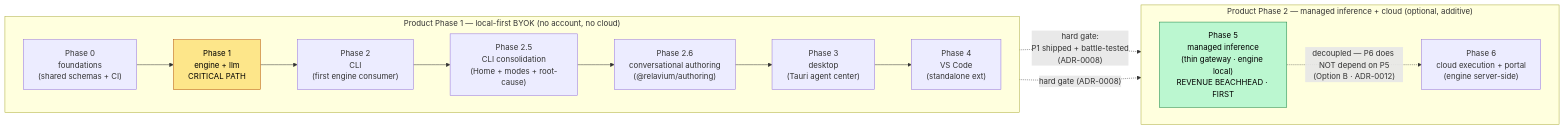
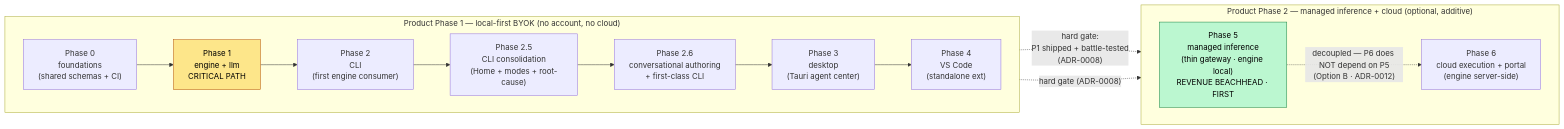
Before and after one commit to HodeTech/Relavium: the first of 2 diagrams in docs/roadmap/README.md, drawn with Mermaid. The commit also changed other lines of this file and 5 other files, not shown here.

````diff
--- a/docs/roadmap/README.md
+++ b/docs/roadmap/README.md
@@ -84,27 +84,27 @@
 ```mermaid
 flowchart LR
     subgraph P1["Product Phase 1 — local-first BYOK (no account, no cloud)"]
         direction LR
         P0["Phase 0<br/>foundations<br/>(shared schemas + CI)"]
         P1E["Phase 1<br/>engine + llm<br/>CRITICAL PATH"]
         P2["Phase 2<br/>CLI<br/>(first engine consumer)"]
         P25["Phase 2.5<br/>CLI consolidation<br/>(Home + modes + root-cause)"]
-        P26["Phase 2.6<br/>conversational authoring<br/>(@relavium/authoring)"]
+        P26["Phase 2.6<br/>conversational authoring<br/>+ first-class CLI"]
         P3["Phase 3<br/>desktop<br/>(Tauri agent center)"]
         P4["Phase 4<br/>VS Code<br/>(standalone ext)"]
         P0 --> P1E --> P2 --> P25 --> P26 --> P3 --> P4
     end
     subgraph P2C["Product Phase 2 — managed inference + cloud (optional, additive)"]
         direction LR
         P5["Phase 5<br/>managed inference<br/>(thin gateway · engine local)<br/>REVENUE BEACHHEAD · FIRST"]
         P6["Phase 6<br/>cloud execution + portal<br/>(engine server-side)"]
     end
     P4 -. "hard gate:<br/>P1 shipped + battle-tested<br/>(ADR-0008)" .-> P5
     P4 -. "hard gate (ADR-0008)" .-> P6
     P5 -. "decoupled — P6 does NOT depend on P5<br/>(Option B · ADR-0012)" .-> P6
 
     classDef crit fill:#fde68a,stroke:#b45309,color:#000;
     classDef rev fill:#bbf7d0,stroke:#15803d,color:#000;
     class P1E crit;
     class P5 rev;
 ```
````
